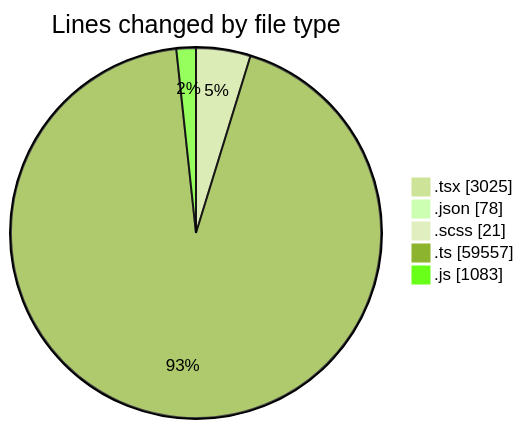
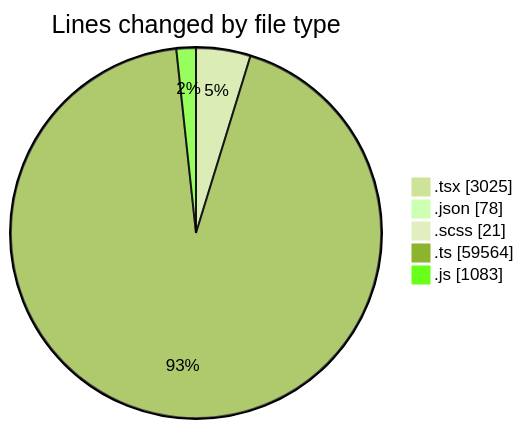
The first of 2 diagrams in 2026-09-29/cda/README.md (momahboobian/code-tracking), drawn with Mermaid (forest theme) before and after one commit. The commit also changed other lines of this file and 1 other file, not shown here.

````diff
--- a/2026-09-29/cda/README.md
+++ b/2026-09-29/cda/README.md
@@ -48,9 +48,9 @@
 ```mermaid
 pie showData
 title Lines changed by file type
 ".tsx" : 3025
 ".json" : 78
 ".scss" : 21
-".ts" : 59557
+".ts" : 59564
 ".js" : 1083
 ```
````
